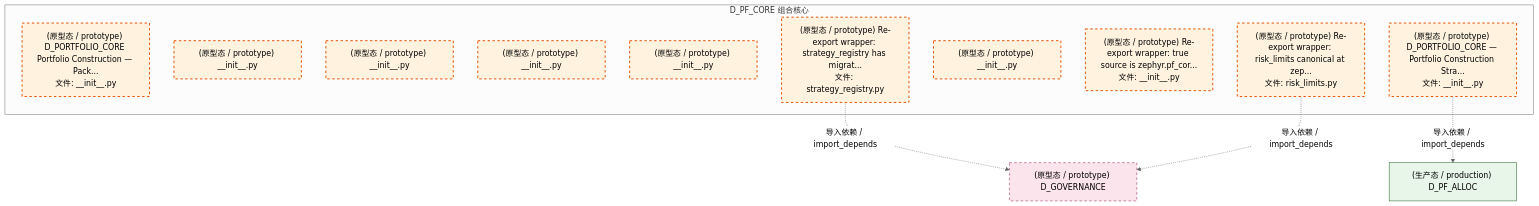
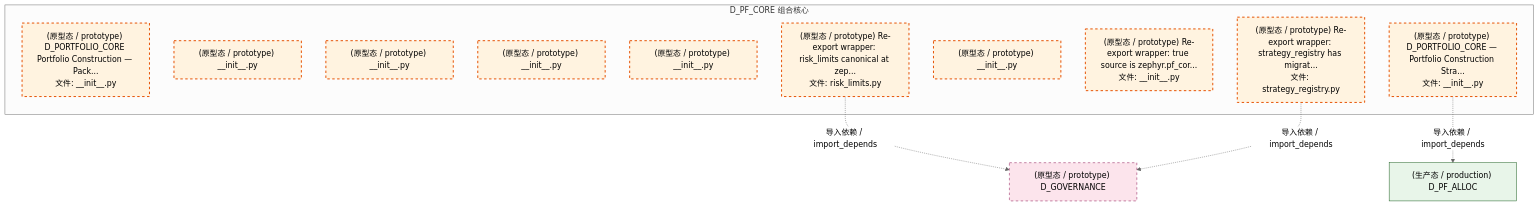
One commit to xuanFelixVan/ZephyrAlpha changed the third of 4 diagrams in docs/02_enterprise_architecture/02_domain_architecture_docs/52_d_pf_core.md. Above: the diagram before and after it, drawn with Mermaid (neutral theme). The commit also changed other lines of this file and 125 other files, not shown here.

````diff
--- a/docs/02_enterprise_architecture/02_domain_architecture_docs/52_d_pf_core.md
+++ b/docs/02_enterprise_architecture/02_domain_architecture_docs/52_d_pf_core.md
@@ -146,27 +146,27 @@
 ```mermaid
 graph TD
     subgraph D_PF_CORE["D_PF_CORE 组合核心"]
         src_zephyr_pf_core_init_py["(原型态 / prototype) D_PORTFOLIO_CORE Portfolio Construction — Pack...<br/>文件: __init__.py"]
         src_zephyr_pf_core_extensions_init_py["(原型态 / prototype) __init__.py"]
         src_zephyr_pf_core_api_init_py["(原型态 / prototype) __init__.py"]
         src_zephyr_pf_core_core_init_py["(原型态 / prototype) __init__.py"]
         src_zephyr_pf_core_infrastructure_init_py["(原型态 / prototype) __init__.py"]
         src_zephyr_pf_core_risk_limits_py["(原型态 / prototype) Re-export wrapper: risk_limits canonical at zep...<br/>文件: risk_limits.py"]
         src_zephyr_pf_core_services_init_py["(原型态 / prototype) __init__.py"]
         src_zephyr_pf_core_strategies_init_py["(原型态 / prototype) Re-export wrapper: true source is zephyr.pf_cor...<br/>文件: __init__.py"]
         src_zephyr_pf_core_strategy_engine_init_py["(原型态 / prototype) D_PORTFOLIO_CORE — Portfolio Construction Stra...<br/>文件: __init__.py"]
         src_zephyr_pf_core_strategy_registry_py["(原型态 / prototype) Re-export wrapper: strategy_registry has migrat...<br/>文件: strategy_registry.py"]
     end
+    D_GOVERNANCE["(原型态 / prototype) D_GOVERNANCE"]
+    src_zephyr_pf_core_risk_limits_py -.->|导入依赖 / import_depends| D_GOVERNANCE
     D_PF_ALLOC["(生产态 / production) D_PF_ALLOC"]
     src_zephyr_pf_core_strategy_engine_init_py -.->|导入依赖 / import_depends| D_PF_ALLOC
-    D_GOVERNANCE["(原型态 / prototype) D_GOVERNANCE"]
     src_zephyr_pf_core_strategy_registry_py -.->|导入依赖 / import_depends| D_GOVERNANCE
-    src_zephyr_pf_core_risk_limits_py -.->|导入依赖 / import_depends| D_GOVERNANCE
     classDef production fill:#e1f5fe,stroke:#01579b,stroke-width:2px,color:#000
     classDef design fill:#fff3e0,stroke:#e65100,stroke-width:2px,color:#000,stroke-dasharray: 5 5
     classDef external_prod fill:#e8f5e9,stroke:#1b5e20,stroke-width:1px,color:#000
     classDef external_design fill:#fce4ec,stroke:#880e4f,stroke-width:1px,color:#000,stroke-dasharray: 5 5
     class src_zephyr_pf_core_init_py,src_zephyr_pf_core_extensions_init_py,src_zephyr_pf_core_api_init_py,src_zephyr_pf_core_core_init_py,src_zephyr_pf_core_infrastructure_init_py,src_zephyr_pf_core_risk_limits_py,src_zephyr_pf_core_services_init_py,src_zephyr_pf_core_strategies_init_py,src_zephyr_pf_core_strategy_engine_init_py,src_zephyr_pf_core_strategy_registry_py design
     class D_PF_ALLOC external_prod
     class D_GOVERNANCE external_design
 ```
````
